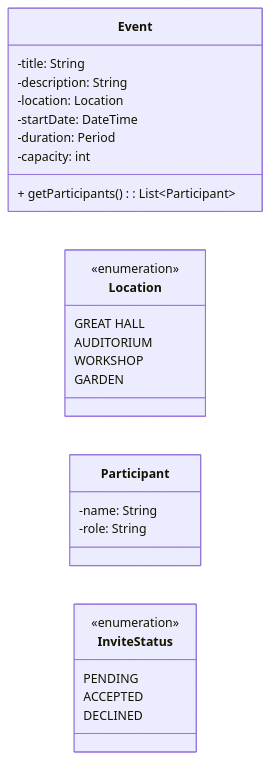
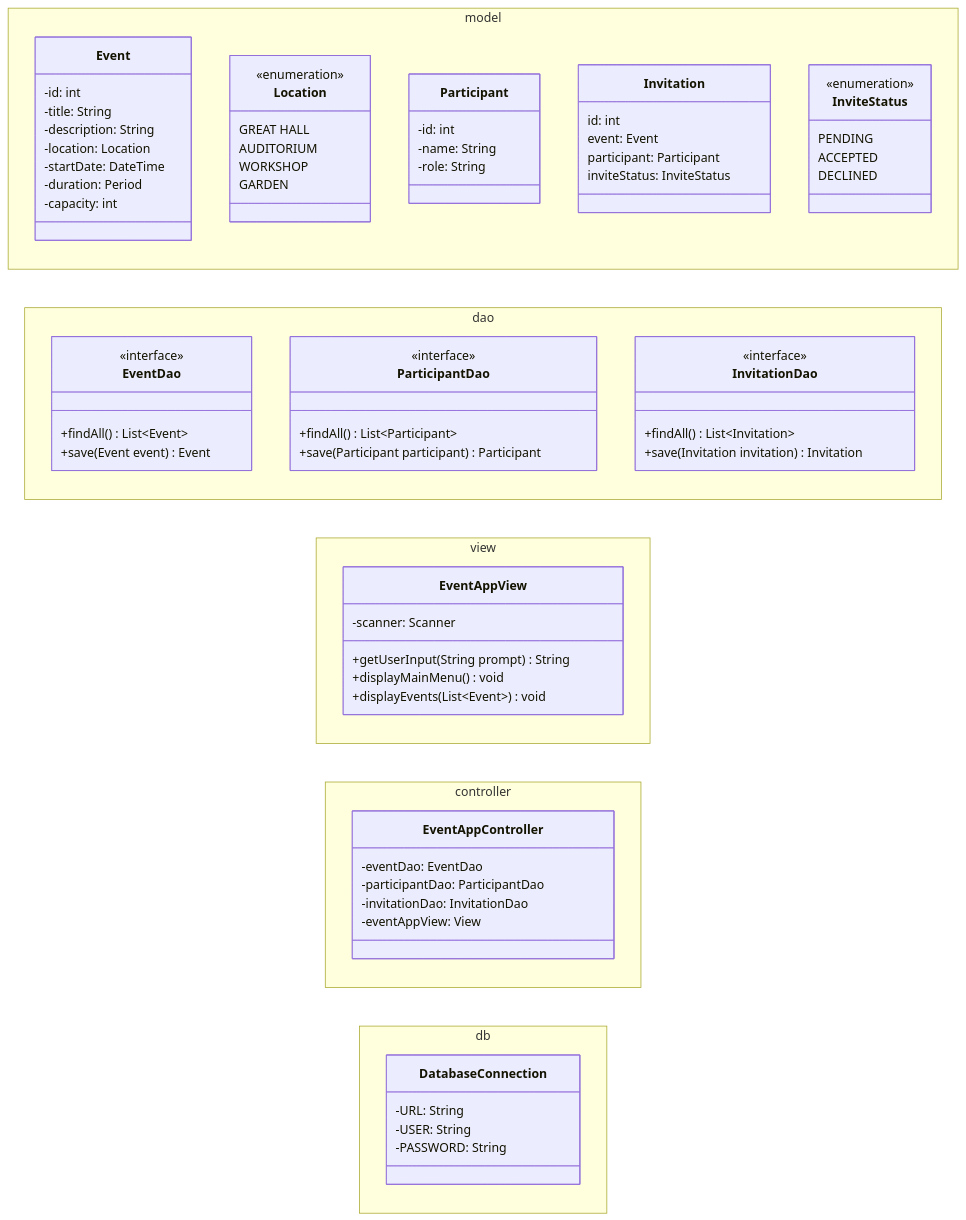
The diagram in README.md (HansMalm/Project_test_1_Hans_EventManagementApp), drawn with Mermaid before and after one commit.

Commit message:
mod README.md file
update UMLDiagram

````diff
--- a/README.md
+++ b/README.md
@@ -25,35 +25,91 @@
 ```mermaid
 classDiagram
     direction LR
+    namespace model {
+      class Event {
+         -id: int
+         -title: String
+         -description: String
+         -location: Location
+         -startDate: DateTime
+         -duration: Period
+         -capacity: int
 
-    class Event {
-        -title: String
-        -description: String
-        -location: Location
-        -startDate: DateTime
-        -duration: Period
-        -capacity: int
-        + getParticipants(): List~Participant~
-    }
-    
-    class Location {
-        <<enumeration>>
-        GREAT HALL
-        AUDITORIUM
-        WORKSHOP
-        GARDEN
-    }
-    
-    class Participant {
-        -name: String
-        -role: String
-    }
-    
-    class InviteStatus {
-        <<enumeration>>
-        PENDING
-        ACCEPTED
-        DECLINED
- }
+      }
+
+      class Location {
+         <<enumeration>>
+         GREAT HALL
+         AUDITORIUM
+         WORKSHOP
+         GARDEN
+      }
+
+      class Participant {
+         -id: int
+         -name: String
+         -role: String
+      }
+
+      class Invitation {
+         id: int
+         event: Event
+         participant: Participant
+         inviteStatus: InviteStatus
+      }
+
+      class InviteStatus {
+         <<enumeration>>
+         PENDING
+         ACCEPTED
+         DECLINED
+      }
+   }
+
+   namespace dao {
+      class EventDao {
+         <<interface>>
+         +findAll() List~Event~
+         +save(Event event) Event
+      }
+
+      class ParticipantDao {
+         <<interface>>
+         +findAll() List~Participant~
+         +save(Participant participant) Participant
+      }
+
+      class InvitationDao {
+         <<interface>>
+         +findAll() List~Invitation~
+         +save(Invitation invitation) Invitation
+      }
+   }
+
+   namespace view {
+      class EventAppView {
+         -scanner: Scanner
+         +getUserInput(String prompt) String
+         +displayMainMenu() void
+         +displayEvents(List~Event~) void
+      }
+   }
+
+   namespace controller {
+      class EventAppController {
+         -eventDao: EventDao
+         -participantDao: ParticipantDao
+         -invitationDao: InvitationDao
+         -eventAppView: View
+      }
+   }
+
+   namespace db {
+      class DatabaseConnection {
+         -URL: String
+         -USER: String
+         -PASSWORD: String
+      }
+   }
 
 ```
````
